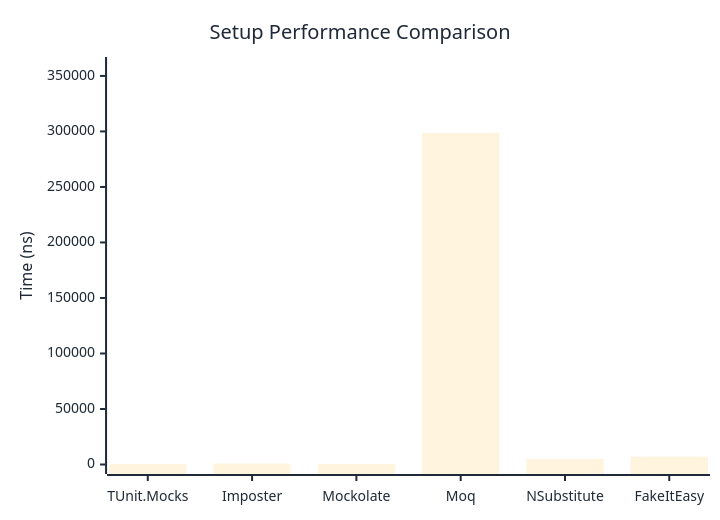
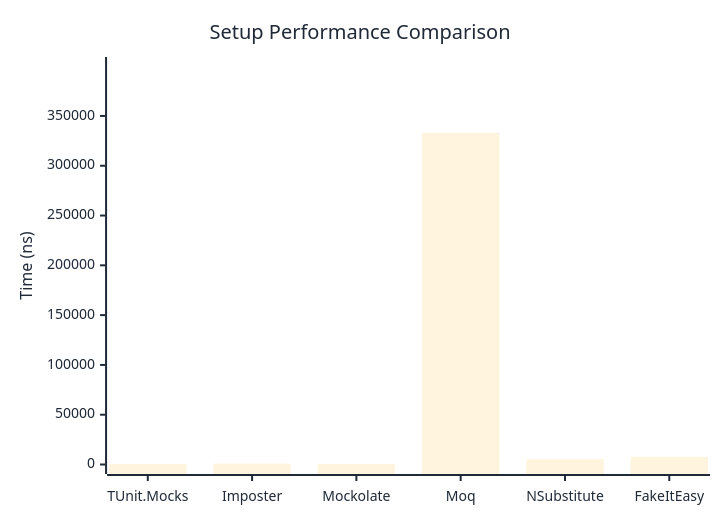
One commit to thomhurst/TUnit changed the first of 2 diagrams in docs/docs/benchmarks/mocks/Setup.md. Above: the diagram before and after it, drawn with Mermaid. The commit also changed other lines of this file and 14 other files, not shown here.

````diff
--- a/docs/docs/benchmarks/mocks/Setup.md
+++ b/docs/docs/benchmarks/mocks/Setup.md
@@ -30,27 +30,27 @@
 ```mermaid
 %%{init: {
   'theme':'base',
   'themeVariables': {
     'primaryColor': '#2563eb',
     'primaryTextColor': '#1f2937',
     'primaryBorderColor': '#1e40af',
     'lineColor': '#6b7280',
     'secondaryColor': '#7c3aed',
     'tertiaryColor': '#dc2626',
     'background': '#ffffff',
     'pie1': '#2563eb',
     'pie2': '#7c3aed',
     'pie3': '#dc2626',
     'pie4': '#f59e0b',
     'pie5': '#10b981',
     'pie6': '#06b6d4',
     'pie7': '#ec4899',
     'pie8': '#6366f1'
   }
 }}%%
 xychart-beta
   title "Setup Performance Comparison"
   x-axis ["TUnit.Mocks", "Imposter", "Mockolate", "Moq", "NSubstitute", "FakeItEasy"]
-  y-axis "Time (ns)" 0 --> 358491
-  bar [550.8, 767.2, 360.6, 298742, 5081.8, 7061.5]
+  y-axis "Time (ns)" 0 --> 399656
+  bar [608.5, 867.2, 355.7, 333046.2, 5307.8, 7719]
 ```
````
